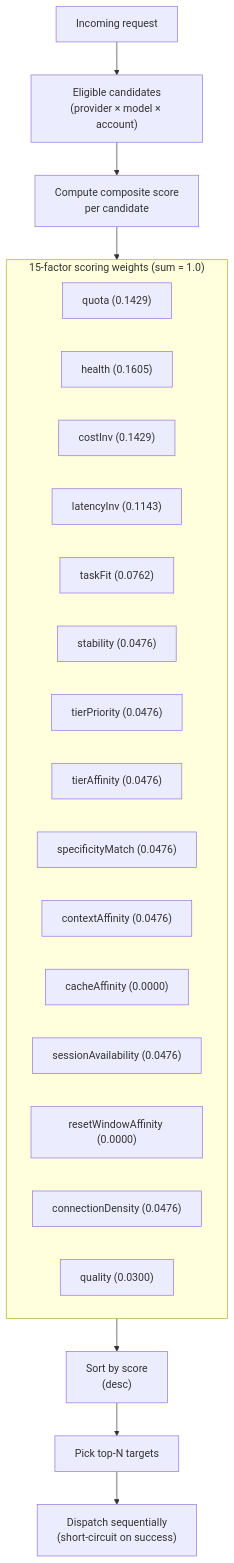
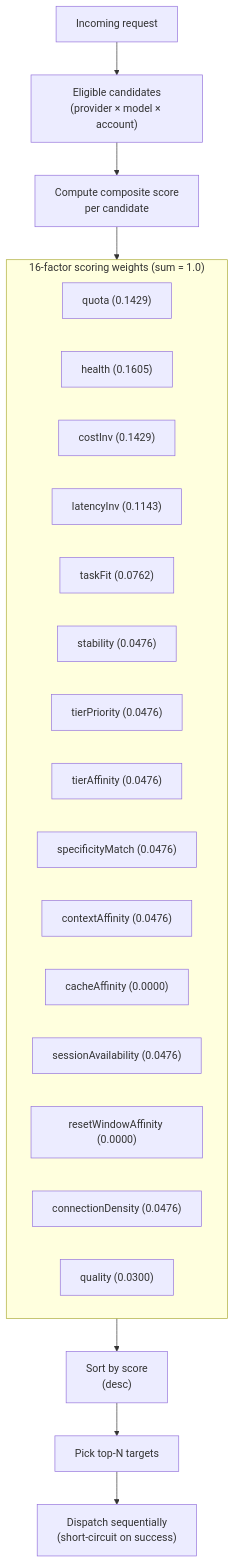
One commit to niyatna/NiyatnaRoute changed the diagram in docs/diagrams/auto-combo-scoring.mmd. Above: the diagram before and after it, drawn with Mermaid. The commit also changed 67 other files, not shown here.

```diff
--- a/docs/diagrams/auto-combo-scoring.mmd
+++ b/docs/diagrams/auto-combo-scoring.mmd
@@ -1,31 +1,31 @@
-%% Auto-Combo 15-factor scoring
+%% Auto-Combo 16-factor scoring
 %% Reflects: open-sse/services/autoCombo/scoring.ts (DEFAULT_WEIGHTS, sum = 1.0)
 %% v3.8.50
-%% svg-title: OmniRoute Auto-Combo 15-factor scoring
+%% svg-title: OmniRoute Auto-Combo 16-factor scoring
 %% svg-description: Flow from an incoming request through eligible candidates, the 15 weighted scoring factors, descending score sort, top-N selection, and sequential dispatch.
 flowchart TB
   Request["Incoming request"] --> Candidates["Eligible candidates<br/>(provider × model × account)"]
   Candidates --> Score["Compute composite score<br/>per candidate"]
 
-  subgraph Factors["15-factor scoring weights (sum = 1.0)"]
+  subgraph Factors["16-factor scoring weights (sum = 1.0)"]
     f1["quota (0.1429)"]
     f2["health (0.1605)"]
     f3["costInv (0.1429)"]
     f4["latencyInv (0.1143)"]
     f5["taskFit (0.0762)"]
     f6["stability (0.0476)"]
     f7["tierPriority (0.0476)"]
     f8["tierAffinity (0.0476)"]
     f9["specificityMatch (0.0476)"]
     f10["contextAffinity (0.0476)"]
     f11["cacheAffinity (0.0000)"]
     f12["sessionAvailability (0.0476)"]
     f13["resetWindowAffinity (0.0000)"]
     f14["connectionDensity (0.0476)"]
     f15["quality (0.0300)"]
   end
 
   Score --> Factors
   Factors --> Final["Sort by score<br/>(desc)"]
   Final --> Top["Pick top-N targets"]
   Top --> Dispatch["Dispatch sequentially<br/>(short-circuit on success)"]
```
